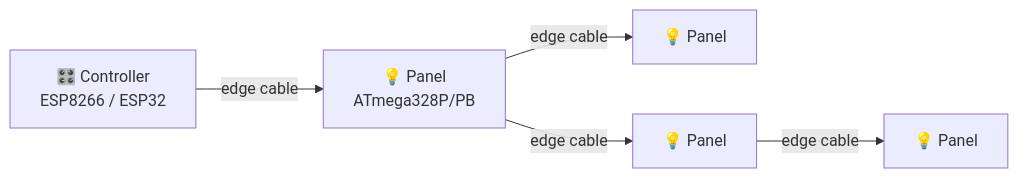
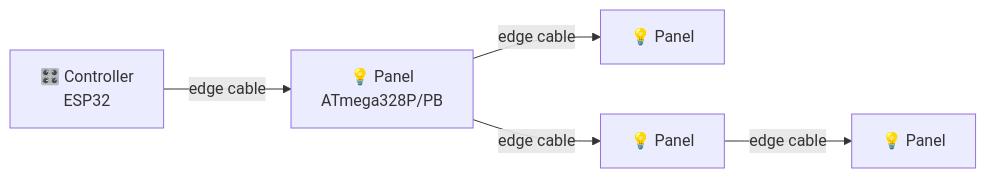
One commit to przemczan/lightnet changed the diagram in docs/getting-started/hardware.md. Above: the diagram before and after it, drawn with Mermaid. The commit also changed other lines of this file and 10 other files, not shown here.

````diff
--- a/docs/getting-started/hardware.md
+++ b/docs/getting-started/hardware.md
@@ -9,7 +9,7 @@
 ```mermaid
 graph LR
-  C["🎛️ Controller<br/>ESP8266 / ESP32"] -->|edge cable| P1["💡 Panel<br/>ATmega328P/PB"]
+  C["🎛️ Controller<br/>ESP32"] -->|edge cable| P1["💡 Panel<br/>ATmega328P/PB"]
   P1 -->|edge cable| P2["💡 Panel"]
   P1 -->|edge cable| P3["💡 Panel"]
   P3 -->|edge cable| P4["💡 Panel"]
 ```
````
